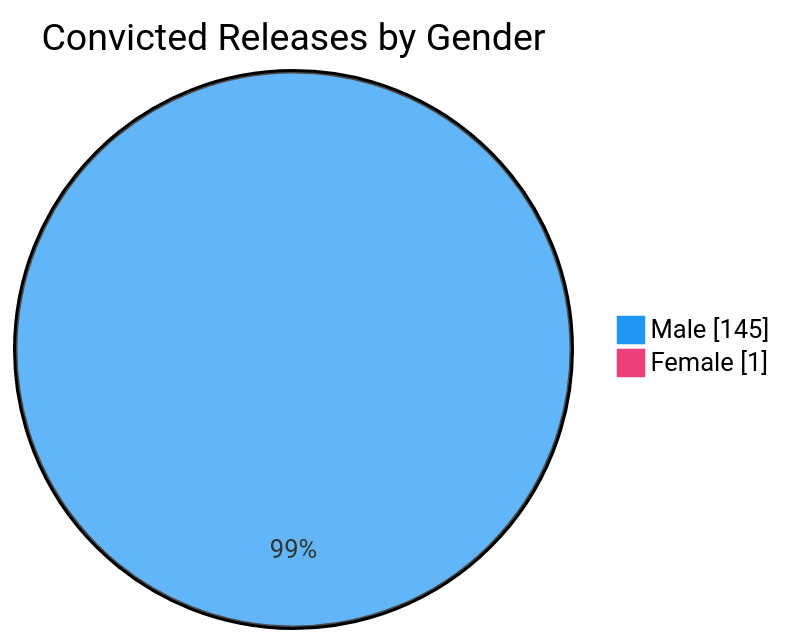
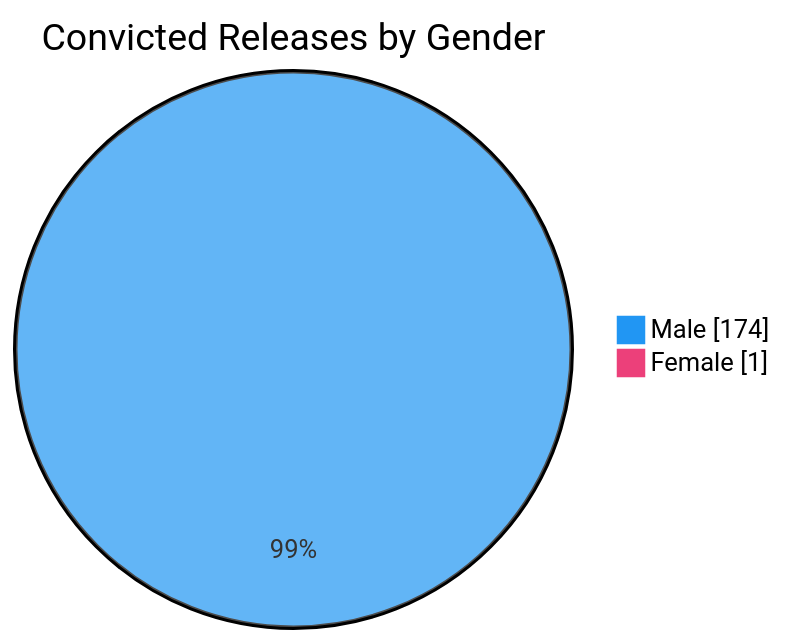
Before and after one commit to nuuuwan/lk_prisons: the sixth of 7 diagrams in README.md, drawn with Mermaid. The commit also changed other lines of this file and 1 other file, not shown here.

````diff
--- a/README.md
+++ b/README.md
@@ -98,6 +98,6 @@
 ```mermaid
 %%{init: {'themeVariables': {'pie1': '#2196F3', 'pie2': '#EC407A'}}}%%
 pie showData title Convicted Releases by Gender
-    "Male" : 145
+    "Male" : 174
     "Female" : 1
 ```
````
